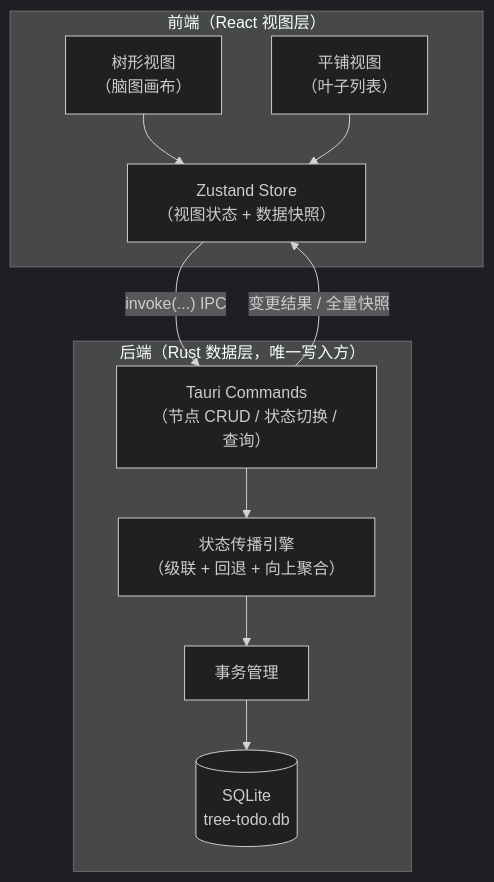
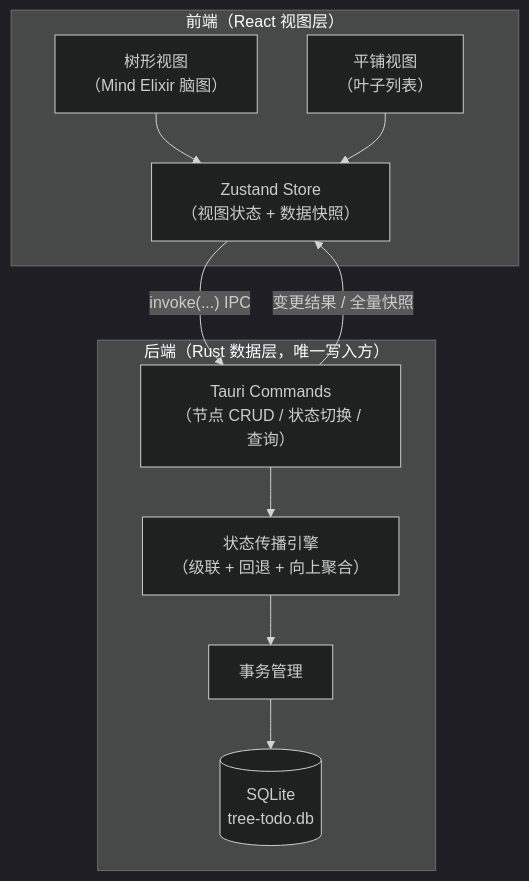
One commit to Jeysin/tree-todo changed the diagram in docs/01-overview.md. Above: the diagram before and after it, drawn with Mermaid (dark theme). The commit also changed other lines of this file and 36 other files, not shown here.

Commit message:
feat: 接入 Mind Elixir 并重构单根待办与文档回收站

````diff
--- a/docs/01-overview.md
+++ b/docs/01-overview.md
@@ -81,21 +80,21 @@
 ```mermaid
 flowchart TB
     subgraph Frontend["前端（React 视图层）"]
-        TV["树形视图<br/>（脑图画布）"]
+        TV["树形视图<br/>（Mind Elixir 脑图）"]
         FV["平铺视图<br/>（叶子列表）"]
         ST["Zustand Store<br/>（视图状态 + 数据快照）"]
         TV --> ST
         FV --> ST
     end
 
     subgraph Backend["后端（Rust 数据层，唯一写入方）"]
         CMD["Tauri Commands<br/>（节点 CRUD / 状态切换 / 查询）"]
         ENG["状态传播引擎<br/>（级联 + 回退 + 向上聚合）"]
         TX["事务管理"]
         DB[("SQLite<br/>tree-todo.db")]
         CMD --> ENG --> TX --> DB
     end
 
     ST -- "invoke(...)  IPC" --> CMD
     CMD -- "变更结果 / 全量快照" --> ST
 ```
````
